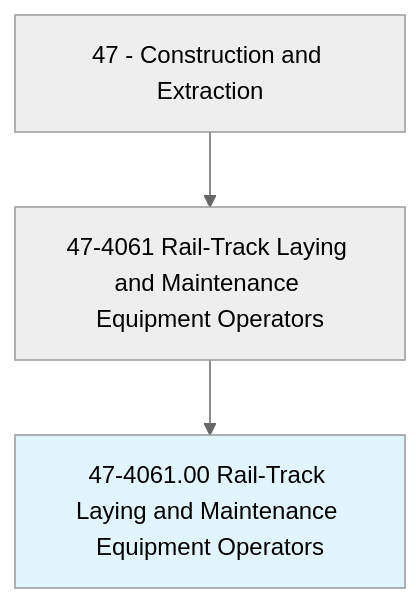
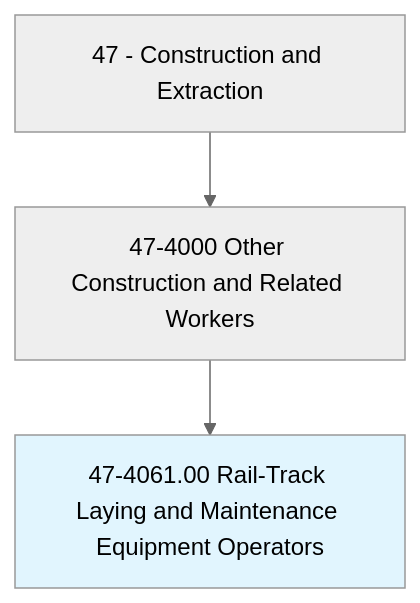
The first of 4 diagrams in occupations/Construction/RailTrackLayingAndMaintenanceEquipmentOperators.mdx (kziemski/business.org.ai), drawn with Mermaid (neutral theme) before and after one commit. The commit also changed other lines of this file and 938 other files, not shown here.

````diff
--- a/occupations/Construction/RailTrackLayingAndMaintenanceEquipmentOperators.mdx
+++ b/occupations/Construction/RailTrackLayingAndMaintenanceEquipmentOperators.mdx
@@ -19,6 +23,6 @@
 ```mermaid
 graph TD
-    Cat47["47 - Construction and Extraction"] --> Group474061["47-4061 Rail-Track Laying and Maintenance Equipment Operators"]
-    Group474061 --> Current["47-4061.00 Rail-Track Laying and Maintenance Equipment Operators"]
+    Cat47["47 - Construction and Extraction"] --> Group474["47-4000 Other Construction and Related Workers"]
+    Group474 --> Current["47-4061.00 Rail-Track Laying and Maintenance Equipment Operators"]
     style Current fill:#e1f5fe
 ```
````
